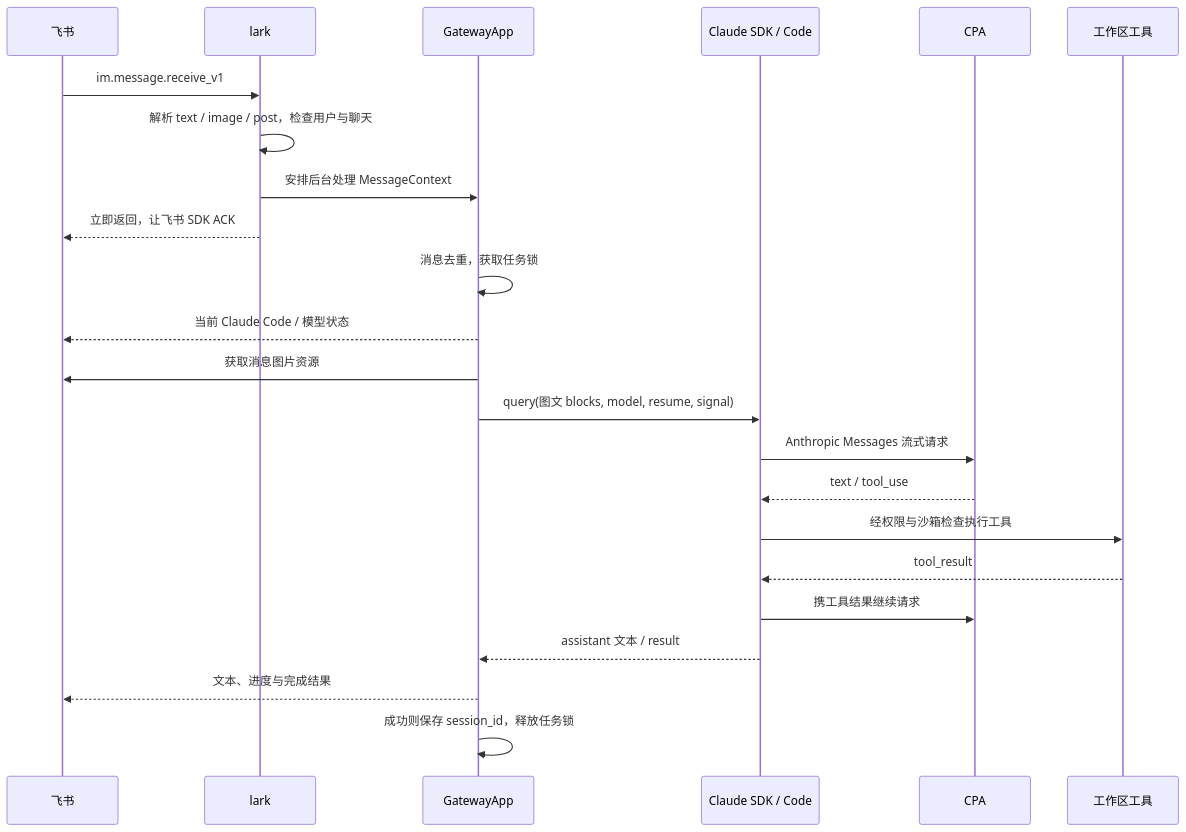
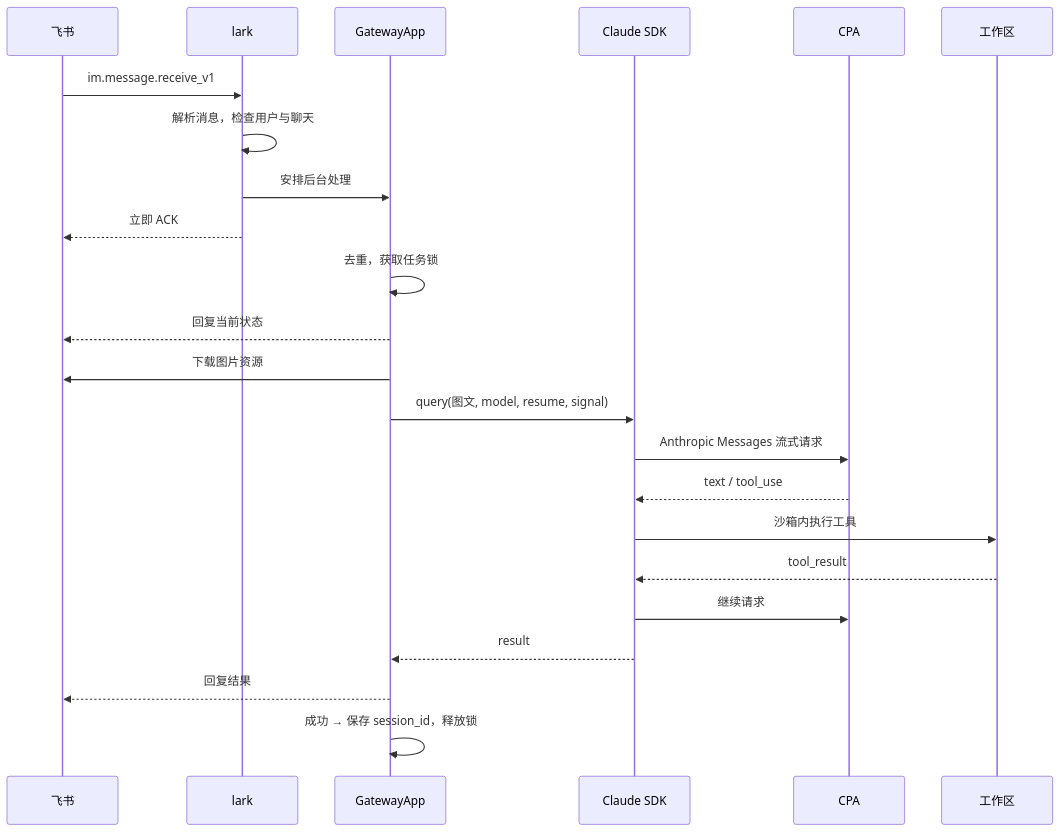
One commit to ketchupz1999/feishu-agent-gateway changed the second of 3 diagrams in docs/architecture.md. Above: the diagram before and after it, drawn with Mermaid. The commit also changed other lines of this file and 13 other files, not shown here.

First line of the commit message:
feat: rewrite docs, add model_aliases and architecture diagram

````diff
--- a/docs/architecture.md
+++ b/docs/architecture.md
@@ -58,25 +89,29 @@
 ```mermaid
 sequenceDiagram
     participant F as 飞书
     participant L as lark
     participant A as GatewayApp
-    participant S as Claude SDK / Code
+    participant S as Claude SDK
     participant P as CPA
-    participant W as 工作区工具
+    participant W as 工作区
+
     F->>L: im.message.receive_v1
-    L->>L: 解析 text / image / post，检查用户与聊天
-    L->>A: 安排后台处理 MessageContext
-    L-->>F: 立即返回，让飞书 SDK ACK
-    A->>A: 消息去重，获取任务锁
-    A-->>F: 当前 Claude Code / 模型状态
-    A->>F: 获取消息图片资源
-    A->>S: query(图文 blocks, model, resume, signal)
+    L->>L: 解析消息，检查用户与聊天
+    L->>A: 安排后台处理
+    L-->>F: 立即 ACK
+
+    A->>A: 去重，获取任务锁
+    A-->>F: 回复当前状态
+    A->>F: 下载图片资源
+    A->>S: query(图文, model, resume, signal)
+
     S->>P: Anthropic Messages 流式请求
     P-->>S: text / tool_use
-    S->>W: 经权限与沙箱检查执行工具
+    S->>W: 沙箱内执行工具
     W-->>S: tool_result
-    S->>P: 携工具结果继续请求
-    S-->>A: assistant 文本 / result
-    A-->>F: 文本、进度与完成结果
-    A->>A: 成功则保存 session_id，释放任务锁
+    S->>P: 继续请求
+
+    S-->>A: result
+    A-->>F: 回复结果
+    A->>A: 成功 → 保存 session_id，释放锁
 ```
````
